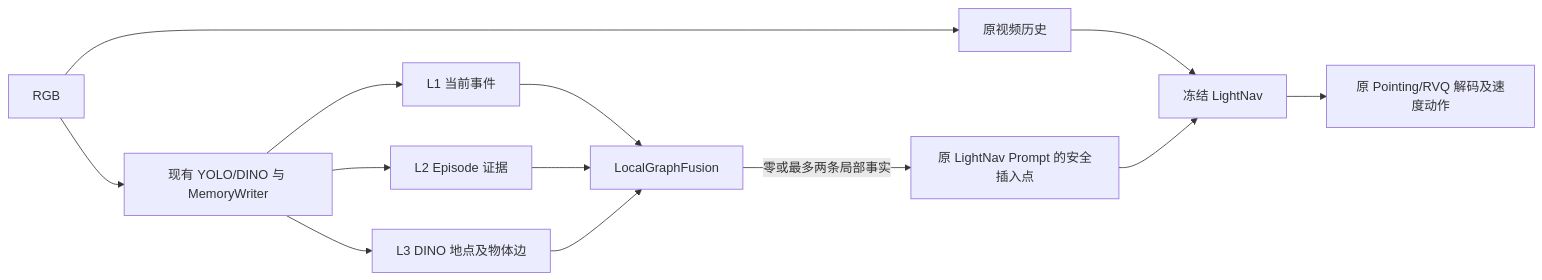
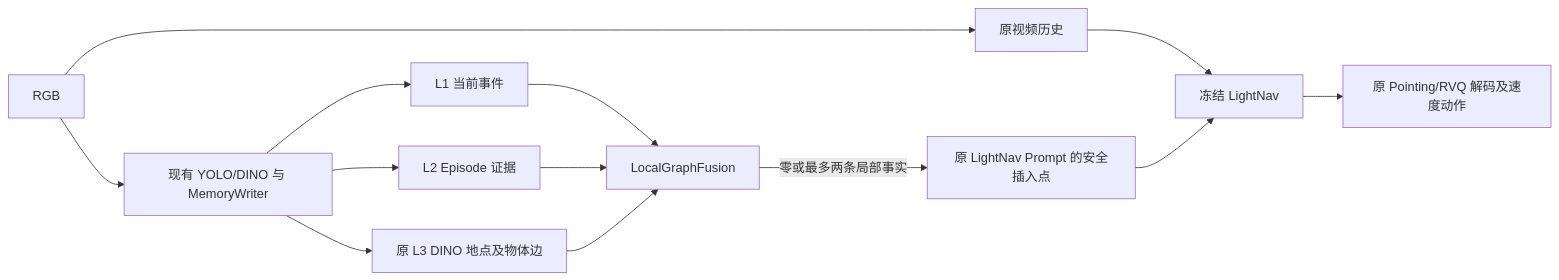
The diagram in docs/research/MEMORY_DESIGN.md (66666-visit/LightNav-0-codex), drawn with Mermaid before and after one commit. The commit also changed other lines of this file and 16 other files, not shown here.

````diff
--- a/docs/research/MEMORY_DESIGN.md
+++ b/docs/research/MEMORY_DESIGN.md
@@ -7,15 +9,15 @@
 ```mermaid
 flowchart LR
   RGB --> W[现有 YOLO/DINO 与 MemoryWriter]
   W --> L1[L1 当前事件]
   W --> L2[L2 Episode 证据]
-  W --> L3[L3 DINO 地点及物体边]
+  W --> L3[原 L3 DINO 地点及物体边]
   L1 --> C[LocalGraphFusion]
   L2 --> C
   L3 --> C
   C -->|零或最多两条局部事实| P[原 LightNav Prompt 的安全插入点]
   RGB --> V[原视频历史]
   V --> M[冻结 LightNav]
   P --> M
   M --> A[原 Pointing/RVQ 解码及速度动作]
 ```
````
